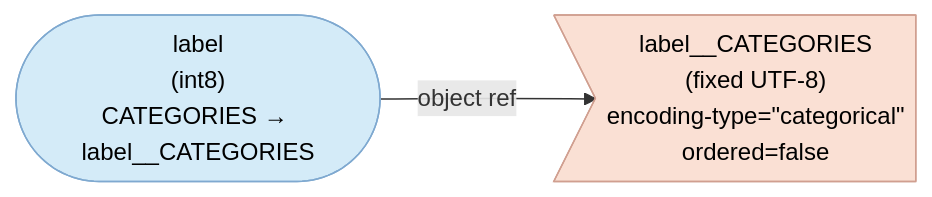
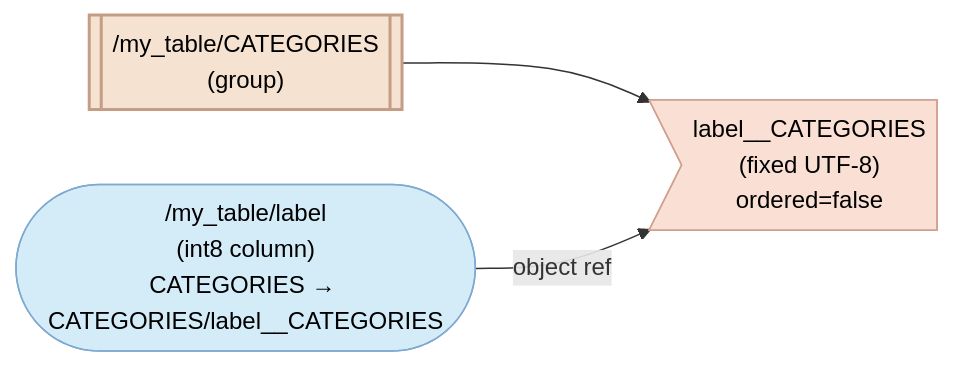
One commit to HDFAlliance/heps changed the fourth of 7 diagrams in HEP001/index.md. Above: the diagram before and after it, drawn with Mermaid. The commit also changed other lines of this file, not shown here.

First line of the commit message:
New storage for categorical datasets

````diff
--- a/HEP001/index.md
+++ b/HEP001/index.md
@@ -827,12 +879,16 @@
 ```{mermaid}
 graph LR
-  col(["label<br/>(int8)<br/>CATEGORIES &rarr; label__CATEGORIES"])
-  cat>"label__CATEGORIES<br/>(fixed UTF-8)<br/>encoding‑type=&quot;categorical&quot;<br/>ordered=false"]
+  col(["/my_table/label<br/>(int8 column)<br/>CATEGORIES &rarr; CATEGORIES/label__CATEGORIES"])
+  cg[["/my_table/CATEGORIES<br/>(group)"]]
+  cat>"label__CATEGORIES<br/>(fixed UTF-8)<br/>ordered=false"]
+  cg --> cat
   col -- object ref --> cat
 
-  classDef dataCol fill:#D4EBF8,stroke:#7FA9D0,stroke-width:1px,color:#000
-  classDef catData fill:#FAE0D4,stroke:#D09F90,stroke-width:1px,color:#000
+  classDef dataCol  fill:#D4EBF8,stroke:#7FA9D0,stroke-width:1px,color:#000
+  classDef catGroup fill:#F5E2D0,stroke:#C59D85,stroke-width:2px,color:#000
+  classDef catData  fill:#FAE0D4,stroke:#D09F90,stroke-width:1px,color:#000
 
   class col dataCol
+  class cg catGroup
   class cat catData
 ```
````
